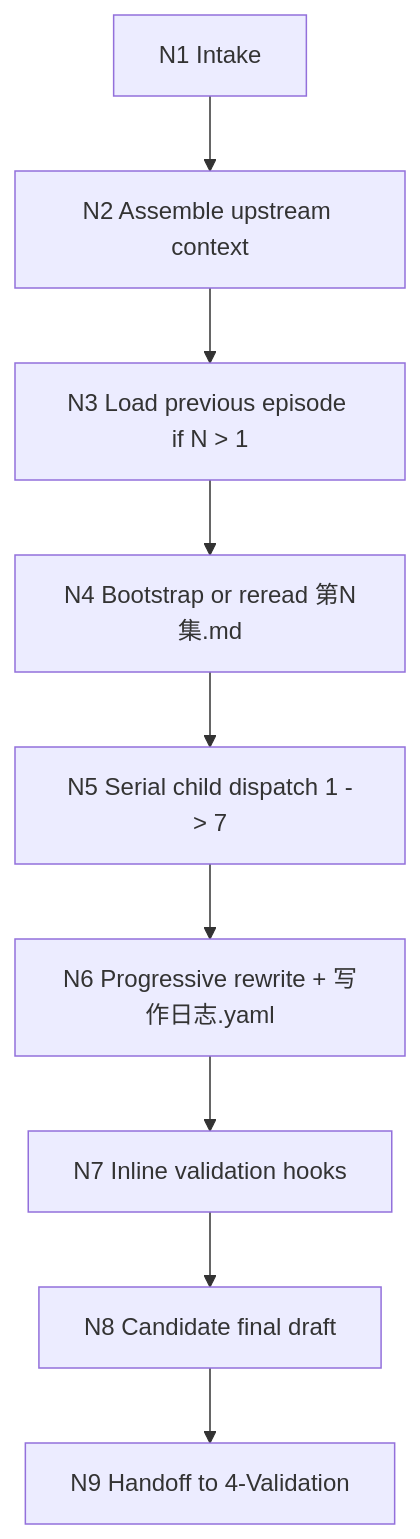
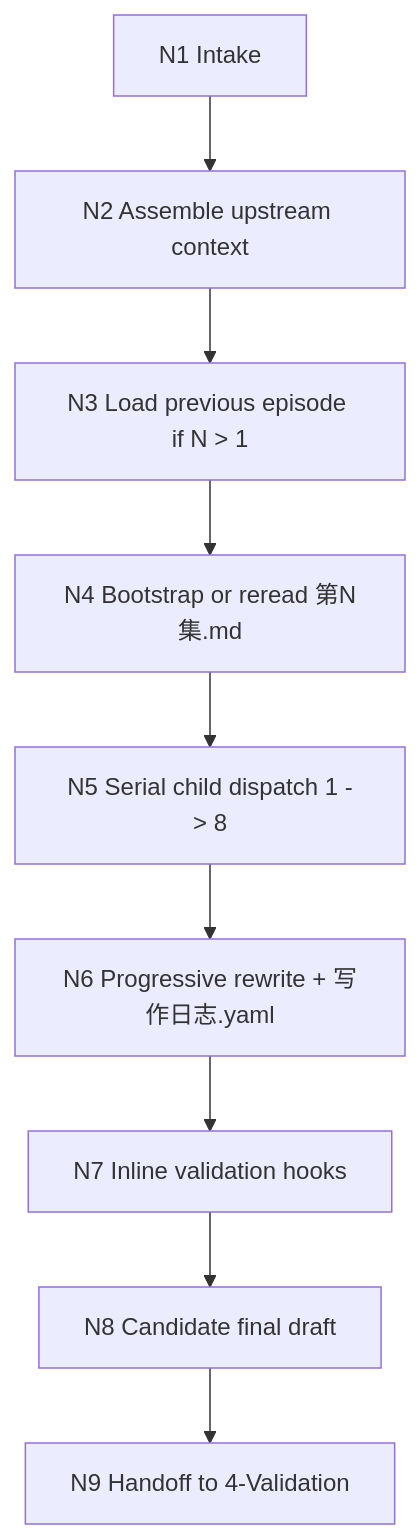
One commit to ZEN-VOID/AI-CUT changed the first of 3 diagrams in .agents/skills/story/3-Drafting/SKILL.md. Above: the diagram before and after it, drawn with Mermaid. The commit also changed other lines of this file and 332 other files, not shown here.

````diff
--- a/.agents/skills/story/3-Drafting/SKILL.md
+++ b/.agents/skills/story/3-Drafting/SKILL.md
@@ -227,11 +258,11 @@
 ```mermaid
 flowchart TD
     A["N1 Intake"] --> B["N2 Assemble upstream context"]
     B --> C["N3 Load previous episode if N > 1"]
     C --> D["N4 Bootstrap or reread 第N集.md"]
-    D --> E["N5 Serial child dispatch 1 -> 7"]
+    D --> E["N5 Serial child dispatch 1 -> 8"]
     E --> F["N6 Progressive rewrite + 写作日志.yaml"]
     F --> G["N7 Inline validation hooks"]
     G --> H["N8 Candidate final draft"]
     H --> I["N9 Handoff to 4-Validation"]
 ```
````
